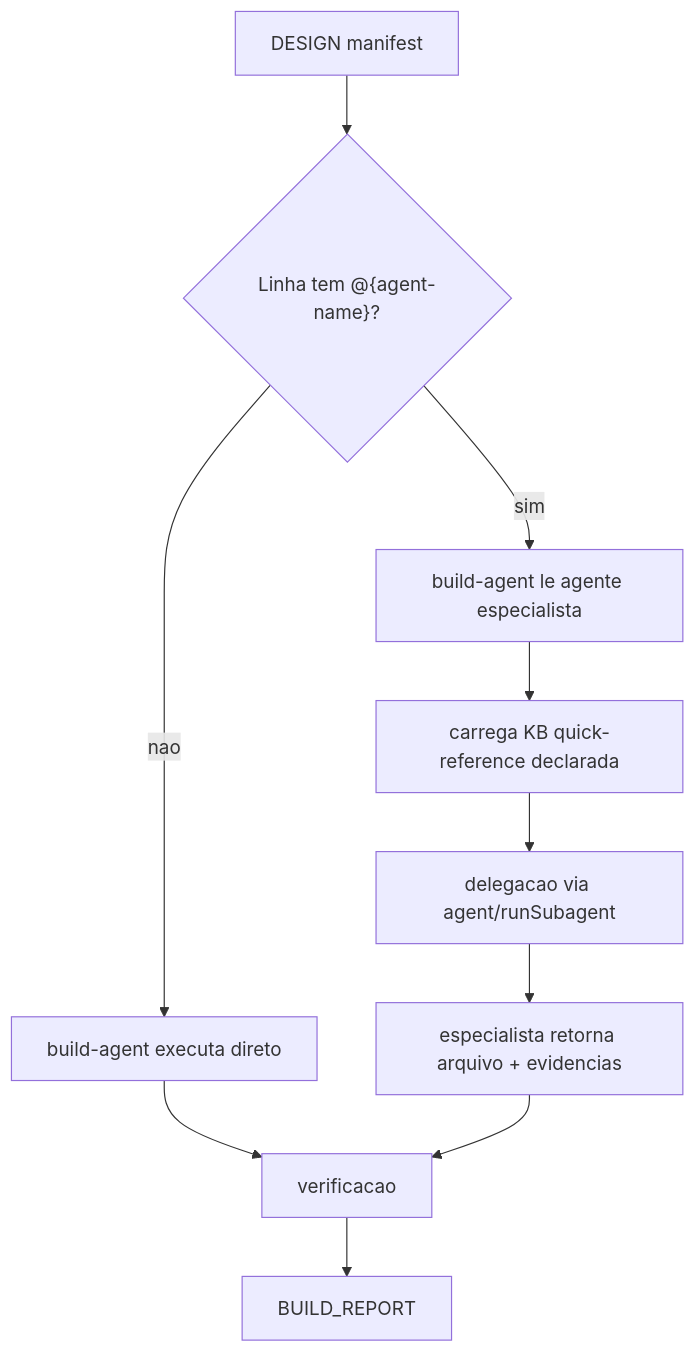
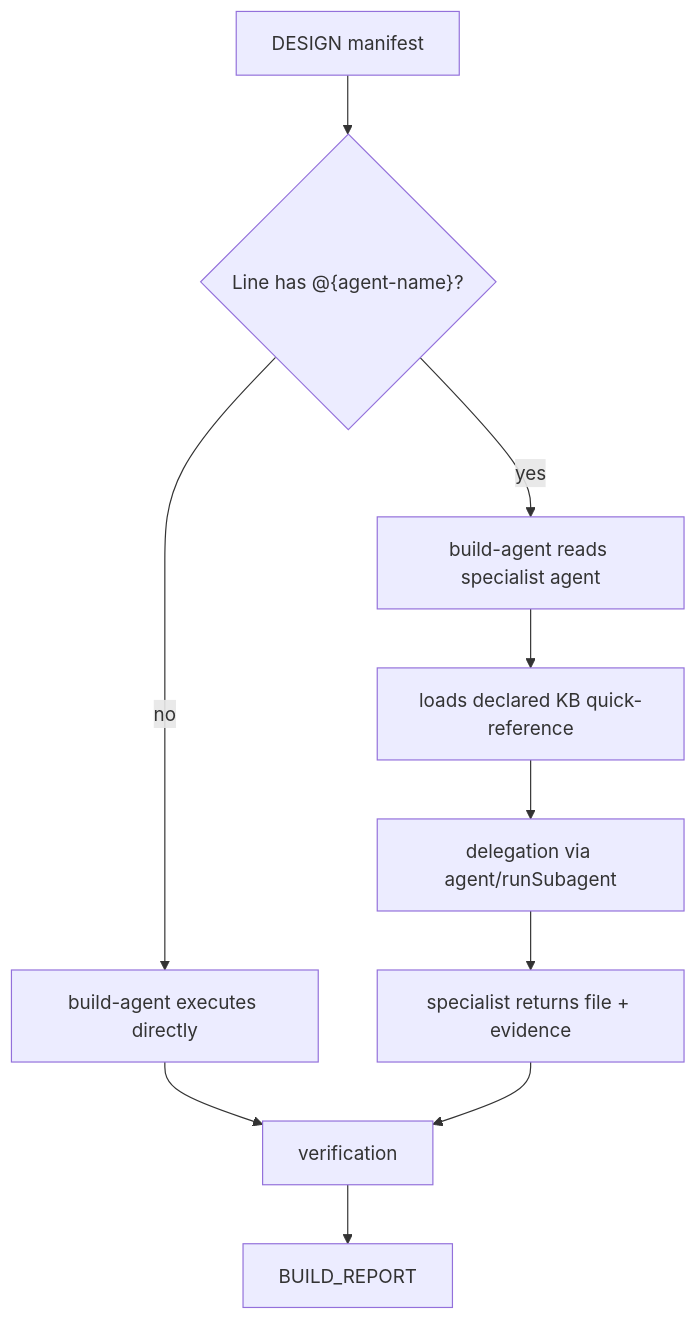
The third of 3 diagrams in docs/reference/workflow-contracts-architecture.md (Tiao553/sdd-harness-copilot), drawn with Mermaid before and after one commit. The commit also changed other lines of this file and 19 other files, not shown here.

````diff
--- a/docs/reference/workflow-contracts-architecture.md
+++ b/docs/reference/workflow-contracts-architecture.md
@@ -58,12 +58,12 @@
 ```mermaid
 flowchart TD
-    A["DESIGN manifest"] --> B{"Linha tem @{agent-name}?"}
-    B -->|nao| C["build-agent executa direto"]
-    B -->|sim| D["build-agent le agente especialista"]
-    D --> E["carrega KB quick-reference declarada"]
-    E --> F["delegacao via agent/runSubagent"]
-    F --> G["especialista retorna arquivo + evidencias"]
-    C --> H["verificacao"]
+    A["DESIGN manifest"] --> B{"Line has @{agent-name}?"}
+    B -->|no| C["build-agent executes directly"]
+    B -->|yes| D["build-agent reads specialist agent"]
+    D --> E["loads declared KB quick-reference"]
+    E --> F["delegation via agent/runSubagent"]
+    F --> G["specialist returns file + evidence"]
+    C --> H["verification"]
     G --> H
     H --> I["BUILD_REPORT"]
 ```
````
